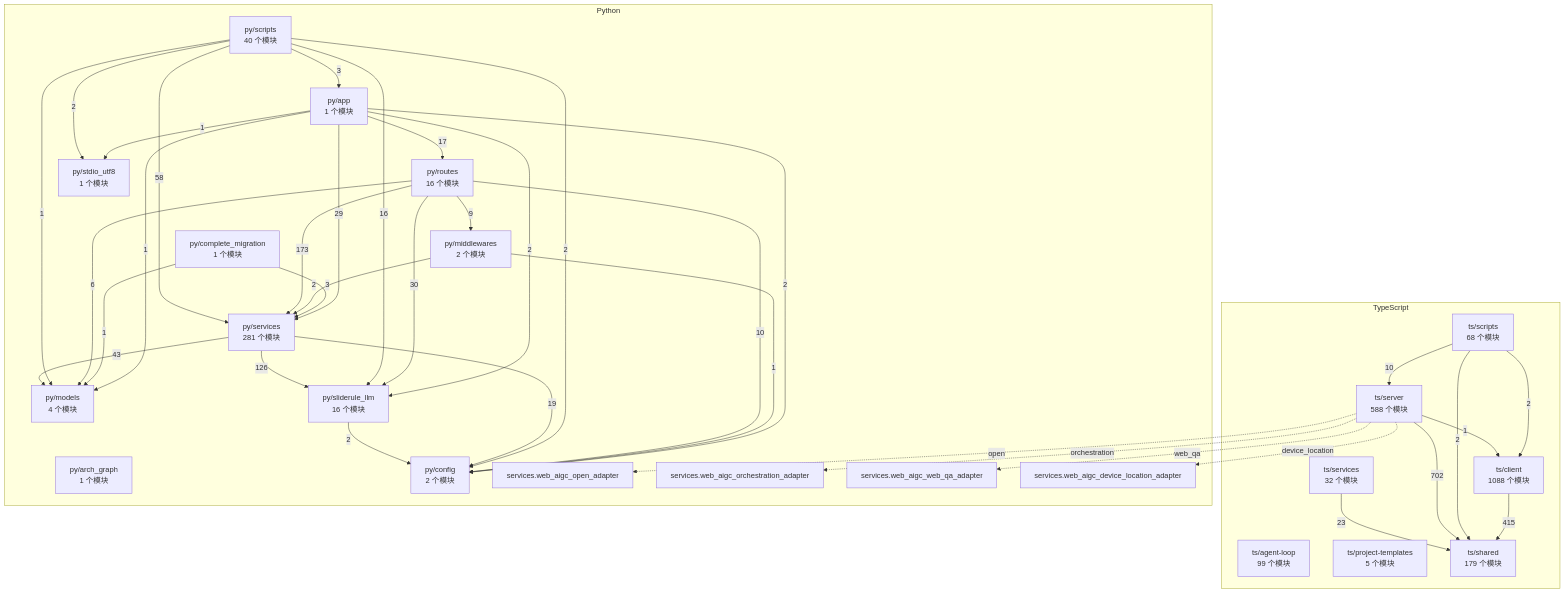
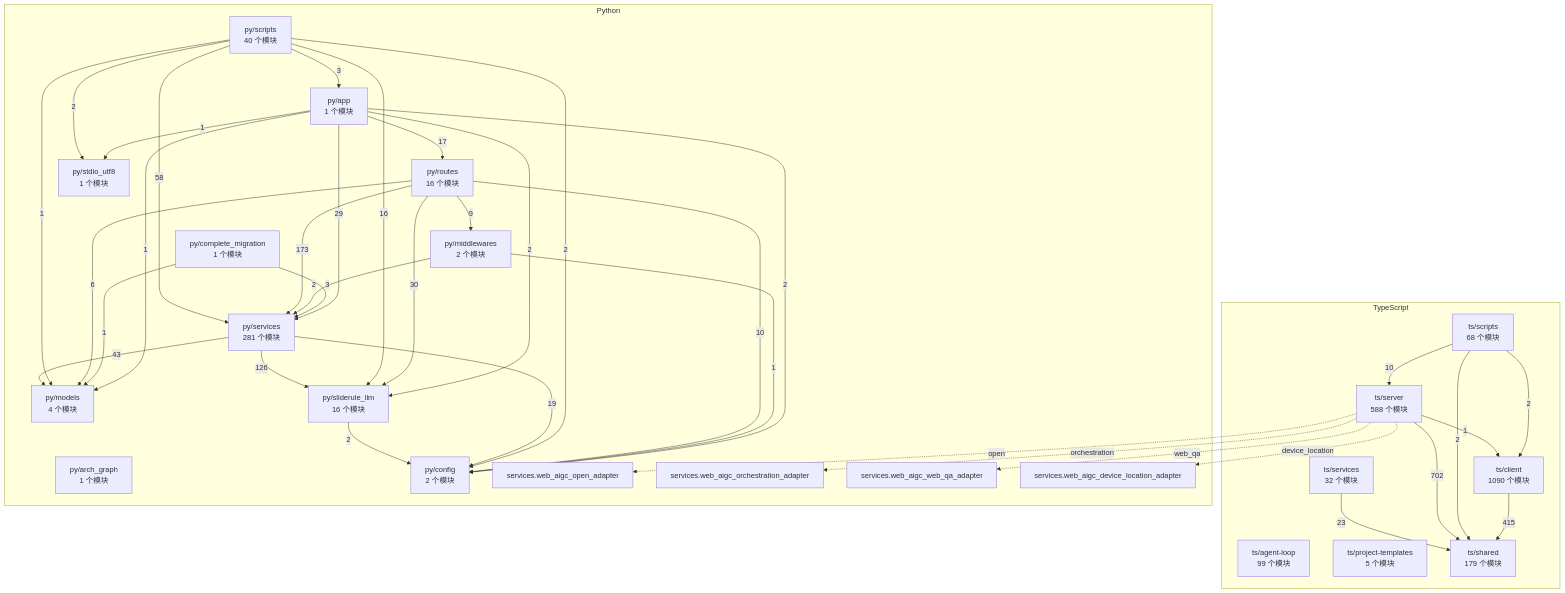
Before and after one commit to 2686521696/WhyBuddy: the diagram in docs/WhyBuddy 全仓架构图（自动生成）.md, drawn with Mermaid. The commit also changed 2 other files, not shown here.

Commit message:
控制台的分页器一律换成 cat：git diff 不再停在 less 等人按 q
⚠ 2026-10-07 真机 r84 sr-20261007100837-9EX8Q6WH7W（@verification-before-completion 修分账函数）：
  收尾前照技能跑 `git diff -- split_bill.py tests/test_split_bill.py && git status --short`。控制台是
  真 PTY（TERM=xterm-256color），diff 超过一屏（32 行），git 起了 less（控制台里出现 \x1b[?1h\x1b=）
  等人按 q——这个终端前没有人，命令只能等 900 秒超时，模型一遍遍 shell_wait，用户看着「等待命令」转。

_CONSOLE_SETUP（每个控制台敲命令前那一行，在 rc 文件之后执行）加
`export PAGER=cat GIT_PAGER=cat MANPAGER=cat SYSTEMD_PAGER=`。
判据本地起真 PTY、原样送产线那一行、敲 r84 那一发原文：第一条先证明不设时真的卡在 less，
第二条证明设了就跑完、diff 全文出来；删掉那一句第二条会红。

顺带：全仓架构图补上前两次前端提交（speech-links、questionnaire-labels）新增的模块——当时只跑了
TS 侧 --emit，全仓图由 Python 侧生成，漏了（test_全仓图与代码同步 红）。

Claude-Session: https://claude.ai/code/session_012RqUJP6SaSsKAioUgb1wKw

````diff
--- a/docs/WhyBuddy 全仓架构图（自动生成）.md
+++ b/docs/WhyBuddy 全仓架构图（自动生成）.md
@@ -14,65 +14,65 @@
 ```mermaid
 flowchart TB
   subgraph ts [TypeScript]
     ts_agent_loop["ts/agent-loop<br/>99 个模块"]
-    ts_client["ts/client<br/>1088 个模块"]
+    ts_client["ts/client<br/>1090 个模块"]
     ts_project_templates["ts/project-templates<br/>5 个模块"]
     ts_scripts["ts/scripts<br/>68 个模块"]
     ts_server["ts/server<br/>588 个模块"]
     ts_services["ts/services<br/>32 个模块"]
     ts_shared["ts/shared<br/>179 个模块"]
   end
   subgraph py [Python]
     py_app["py/app<br/>1 个模块"]
     py_arch_graph["py/arch_graph<br/>1 个模块"]
     py_complete_migration["py/complete_migration<br/>1 个模块"]
     py_config["py/config<br/>2 个模块"]
     py_middlewares["py/middlewares<br/>2 个模块"]
     py_models["py/models<br/>4 个模块"]
     py_routes["py/routes<br/>16 个模块"]
     py_scripts["py/scripts<br/>40 个模块"]
     py_services["py/services<br/>281 个模块"]
     py_sliderule_llm["py/sliderule_llm<br/>16 个模块"]
     py_stdio_utf8["py/stdio_utf8<br/>1 个模块"]
     py_services_web_aigc_open_adapter["services.web_aigc_open_adapter"]
     py_services_web_aigc_orchestration_adapter["services.web_aigc_orchestration_adapter"]
     py_services_web_aigc_web_qa_adapter["services.web_aigc_web_qa_adapter"]
     py_services_web_aigc_device_location_adapter["services.web_aigc_device_location_adapter"]
   end
   ts_client -->|415| ts_shared
   ts_scripts -->|2| ts_client
   ts_scripts -->|10| ts_server
   ts_scripts -->|2| ts_shared
   ts_server -->|1| ts_client
   ts_server -->|702| ts_shared
   ts_services -->|23| ts_shared
   py_app -->|2| py_config
   py_app -->|1| py_models
   py_app -->|17| py_routes
   py_app -->|29| py_services
   py_app -->|2| py_sliderule_llm
   py_app -->|1| py_stdio_utf8
   py_complete_migration -->|1| py_models
   py_complete_migration -->|3| py_services
   py_middlewares -->|1| py_config
   py_middlewares -->|2| py_services
   py_routes -->|10| py_config
   py_routes -->|9| py_middlewares
   py_routes -->|6| py_models
   py_routes -->|173| py_services
   py_routes -->|30| py_sliderule_llm
   py_scripts -->|3| py_app
   py_scripts -->|2| py_config
   py_scripts -->|1| py_models
   py_scripts -->|58| py_services
   py_scripts -->|16| py_sliderule_llm
   py_scripts -->|2| py_stdio_utf8
   py_services -->|19| py_config
   py_services -->|43| py_models
   py_services -->|126| py_sliderule_llm
   py_sliderule_llm -->|2| py_config
   ts_server -.->|open| py_services_web_aigc_open_adapter
   ts_server -.->|orchestration| py_services_web_aigc_orchestration_adapter
   ts_server -.->|web_qa| py_services_web_aigc_web_qa_adapter
   ts_server -.->|device_location| py_services_web_aigc_device_location_adapter
 ```
````
